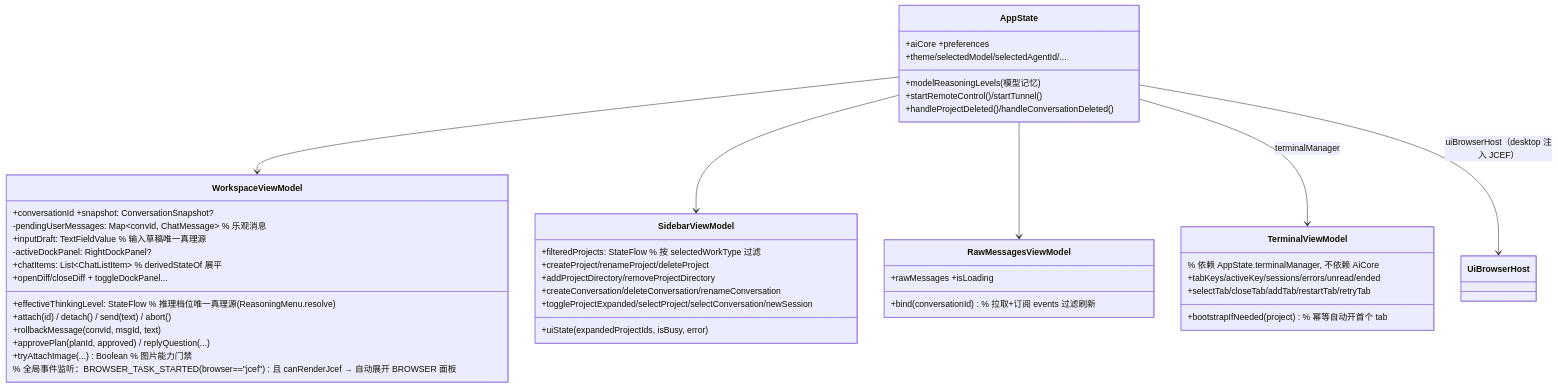
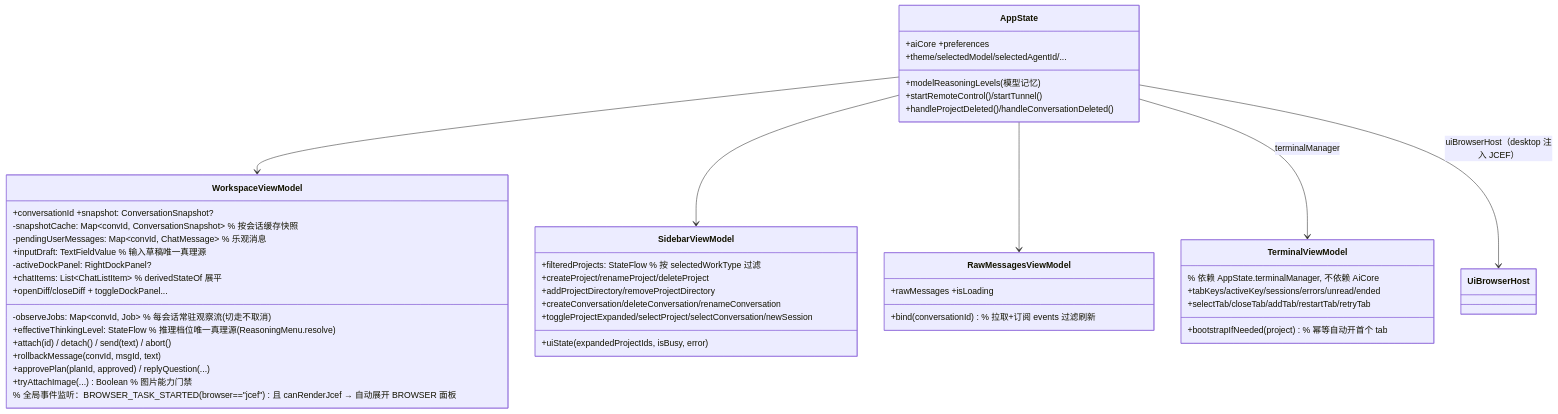
The second of 4 diagrams in mederi/docs/architecture/02-app-shared.md (lzdev42/mederi), drawn with Mermaid before and after one commit. The commit also changed other lines of this file and 24 other files, not shown here.

````diff
--- a/mederi/docs/architecture/02-app-shared.md
+++ b/mederi/docs/architecture/02-app-shared.md
@@ -269,47 +269,49 @@
 ```mermaid
 classDiagram
     class AppState {
         +aiCore +preferences
         +theme/selectedModel/selectedAgentId/...
         +modelReasoningLevels(模型记忆)
         +startRemoteControl()/startTunnel()
         +handleProjectDeleted()/handleConversationDeleted()
     }
     class WorkspaceViewModel {
         +conversationId +snapshot: ConversationSnapshot?
+        -snapshotCache: Map~convId, ConversationSnapshot~  % 按会话缓存快照
+        -observeJobs: Map~convId, Job~  % 每会话常驻观察流(切走不取消)
         -pendingUserMessages: Map~convId, ChatMessage~  % 乐观消息
         +inputDraft: TextFieldValue  % 输入草稿唯一真理源
         -activeDockPanel: RightDockPanel?
         +chatItems: List~ChatListItem~  % derivedStateOf 展平
         +effectiveThinkingLevel: StateFlow  % 推理档位唯一真理源(ReasoningMenu.resolve)
         +attach(id) / detach() / send(text) / abort()
         +rollbackMessage(convId, msgId, text)
         +approvePlan(planId, approved) / replyQuestion(...) 
         +tryAttachImage(...) Boolean  % 图片能力门禁
         +openDiff/closeDiff + toggleDockPanel...
         % 全局事件监听：BROWSER_TASK_STARTED(browser=="jcef") 且 canRenderJcef → 自动展开 BROWSER 面板
     }
     class SidebarViewModel {
         +uiState(expandedProjectIds, isBusy, error)
         +filteredProjects: StateFlow  % 按 selectedWorkType 过滤
         +createProject/renameProject/deleteProject
         +addProjectDirectory/removeProjectDirectory
         +createConversation/deleteConversation/renameConversation
         +toggleProjectExpanded/selectProject/selectConversation/newSession
     }
     class TerminalViewModel {
         % 依赖 AppState.terminalManager, 不依赖 AiCore
         +tabKeys/activeKey/sessions/errors/unread/ended
         +selectTab/closeTab/addTab/restartTab/retryTab
         +bootstrapIfNeeded(project)  % 幂等自动开首个 tab
     }
     class RawMessagesViewModel {
         +rawMessages +isLoading
         +bind(conversationId)  % 拉取+订阅 events 过滤刷新
     }
     AppState --> WorkspaceViewModel
     AppState --> SidebarViewModel
     AppState --> RawMessagesViewModel
     AppState --> TerminalViewModel : terminalManager
     AppState --> UiBrowserHost : uiBrowserHost（desktop 注入 JCEF）
 ```
````
